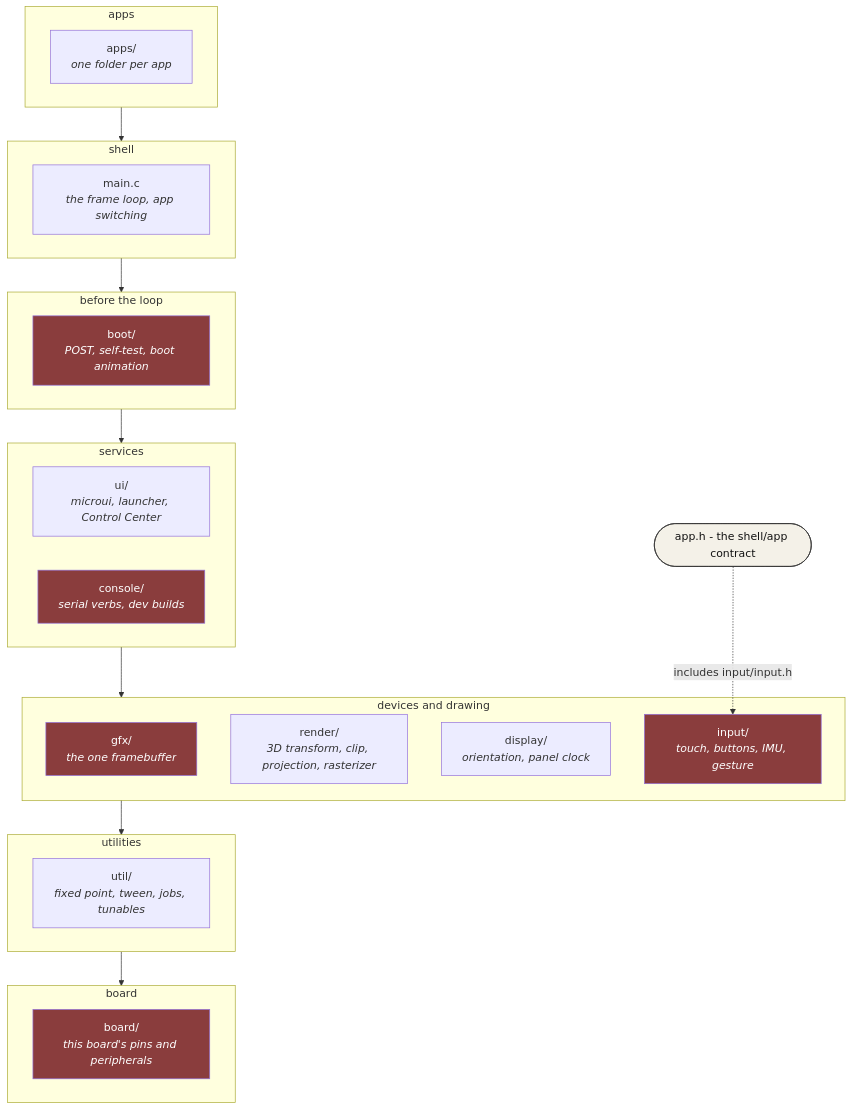
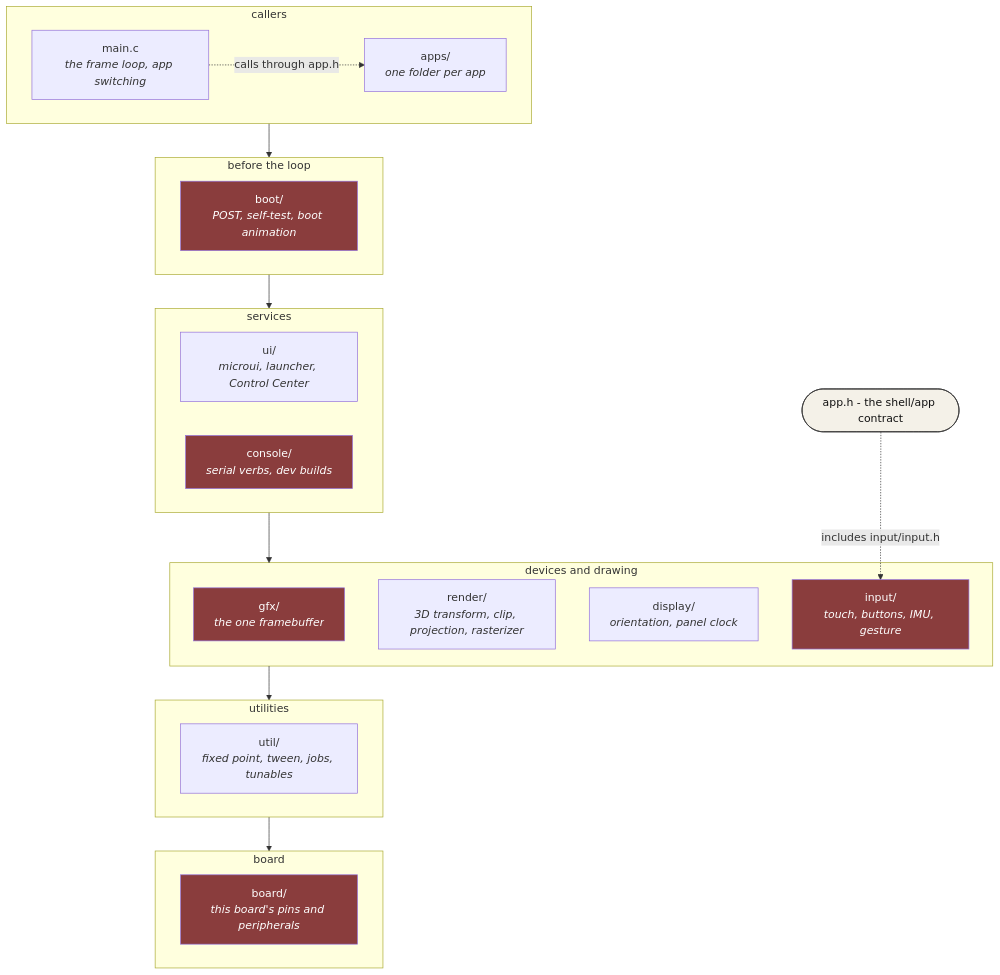
Before and after one commit to jose-villegas/autana: the first of 4 diagrams in docs/Firmware-Architecture.md, drawn with Mermaid. The commit also changed other lines of this file, not shown here.

Commit message:
docs: apps and the shell share the top row; the shell calls apps through app.h
The diagram drew apps above main.c with a may-include arrow; apps never
include the shell.

````diff
--- a/docs/Firmware-Architecture.md
+++ b/docs/Firmware-Architecture.md
@@ -43,35 +45,34 @@
 ```mermaid
 flowchart TB
     classDef hw fill:#8a3d3d,color:#fff
     classDef contract fill:#f4f1e8,stroke:#333,stroke-width:1px,color:#111
 
-    subgraph R1["apps"]
+    subgraph R1["callers"]
         Apps["apps/<br/><i>one folder per app</i>"]
-    end
-    subgraph R2["shell"]
         Main["main.c<br/><i>the frame loop, app switching</i>"]
     end
     subgraph R3["before the loop"]
         Boot["boot/<br/><i>POST, self-test, boot animation</i>"]:::hw
     end
     subgraph R4["services"]
         Ui["ui/<br/><i>microui, launcher, Control Center</i>"]
         Console["console/<br/><i>serial verbs, dev builds</i>"]:::hw
     end
     subgraph R5["devices and drawing"]
         Gfx["gfx/<br/><i>the one framebuffer</i>"]:::hw
         Render["render/<br/><i>3D transform, clip, projection, rasterizer</i>"]
         Display["display/<br/><i>orientation, panel clock</i>"]
         Input["input/<br/><i>touch, buttons, IMU, gesture</i>"]:::hw
     end
     subgraph R6["utilities"]
         Util["util/<br/><i>fixed point, tween, jobs, tunables</i>"]
     end
     subgraph R7["board"]
         Board["board/<br/><i>this board's pins and peripherals</i>"]:::hw
     end
 
-    R1 --> R2 --> R3 --> R4 --> R5 --> R6 --> R7
+    R1 --> R3 --> R4 --> R5 --> R6 --> R7
     Contract(["app.h - the shell/app contract"]):::contract
+    Main -.->|"calls through app.h"| Apps
     Contract -.->|"includes input/input.h"| Input
 ```
````
